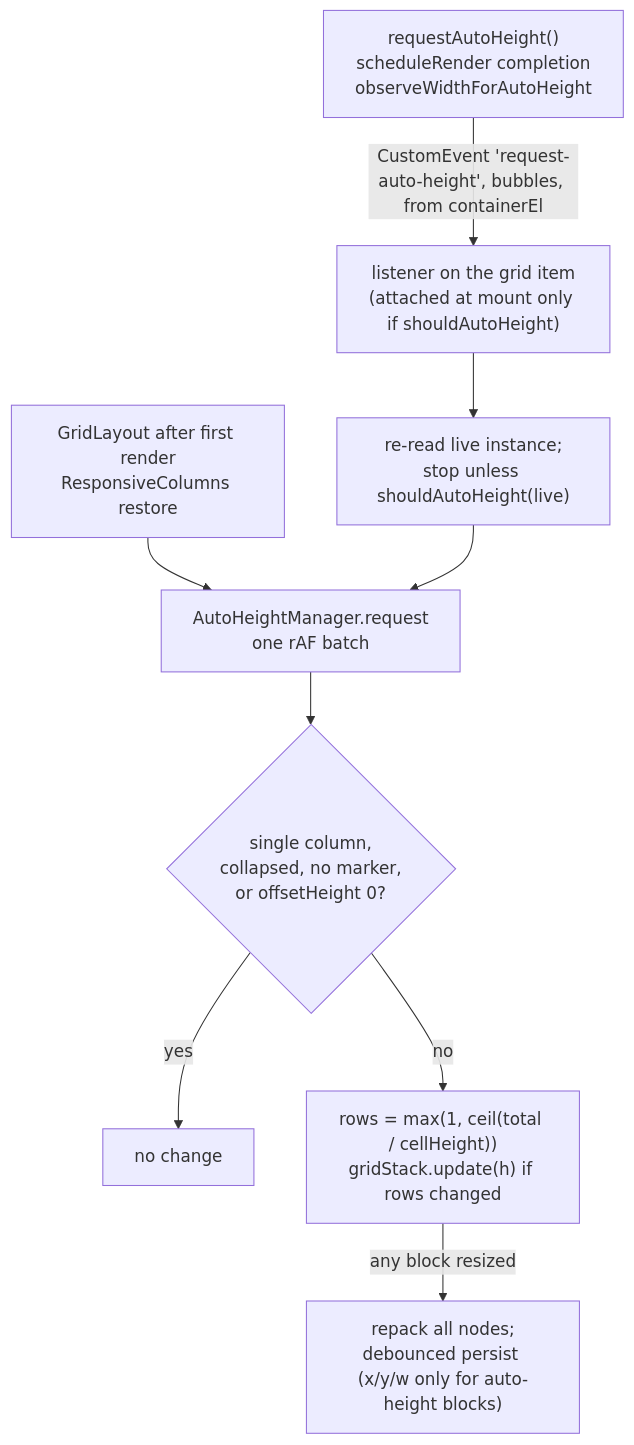
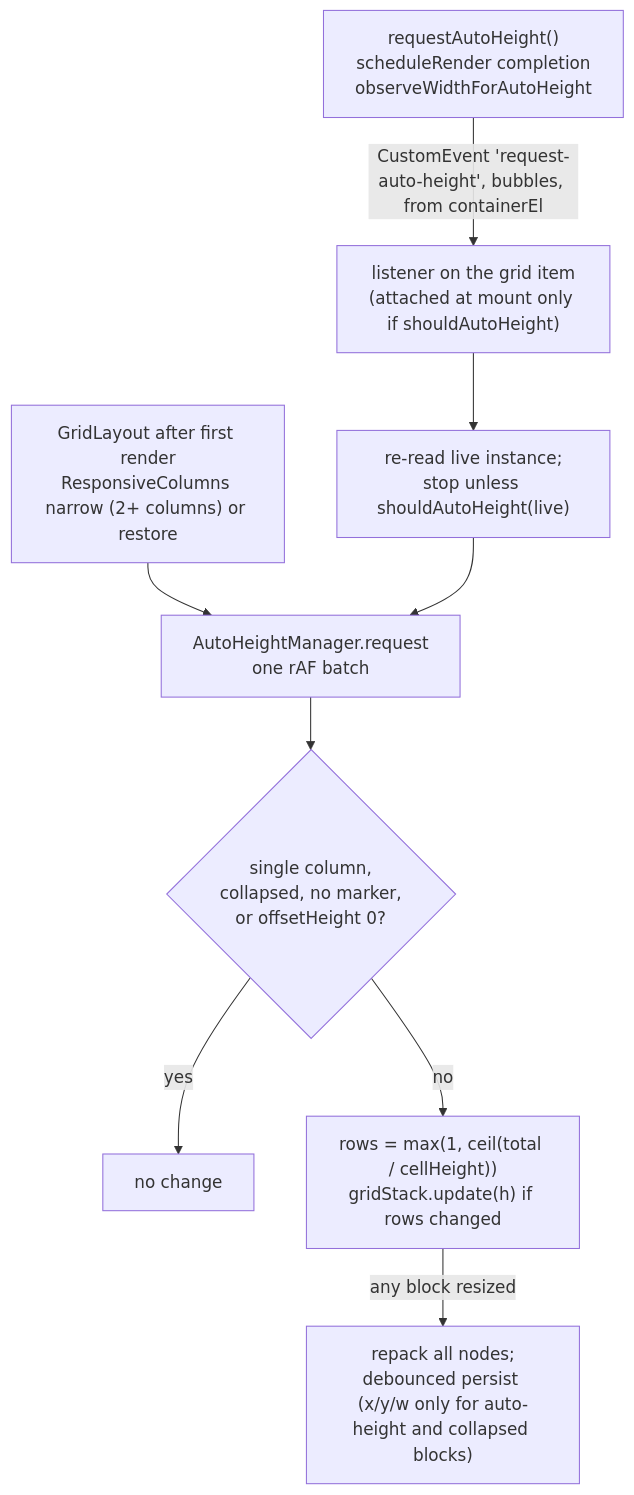
One commit to acaprino/obsidian-plugin-homepage changed the fourth of 4 diagrams in docs/api/blocks.md. Above: the diagram before and after it, drawn with Mermaid. The commit also changed other lines of this file and 10 other files, not shown here.

````diff
--- a/docs/api/blocks.md
+++ b/docs/api/blocks.md
@@ -287,11 +289,11 @@
 ```mermaid
 flowchart TD
   A["requestAutoHeight()<br/>scheduleRender completion<br/>observeWidthForAutoHeight"] -->|"CustomEvent 'request-auto-height', bubbles, from containerEl"| L["listener on the grid item<br/>(attached at mount only if shouldAutoHeight)"]
   L --> R["re-read live instance;<br/>stop unless shouldAutoHeight(live)"]
-  M["GridLayout after first render<br/>ResponsiveColumns restore"] --> Q
+  M["GridLayout after first render<br/>ResponsiveColumns narrow (2+ columns) or restore"] --> Q
   R --> Q["AutoHeightManager.request<br/>one rAF batch"]
   Q --> X{"single column,<br/>collapsed, no marker,<br/>or offsetHeight 0?"}
   X -->|yes| N["no change"]
   X -->|no| U["rows = max(1, ceil(total / cellHeight))<br/>gridStack.update(h) if rows changed"]
-  U -->|"any block resized"| P["repack all nodes;<br/>debounced persist (x/y/w only for auto-height blocks)"]
+  U -->|"any block resized"| P["repack all nodes;<br/>debounced persist (x/y/w only for auto-height and collapsed blocks)"]
 ```
````
